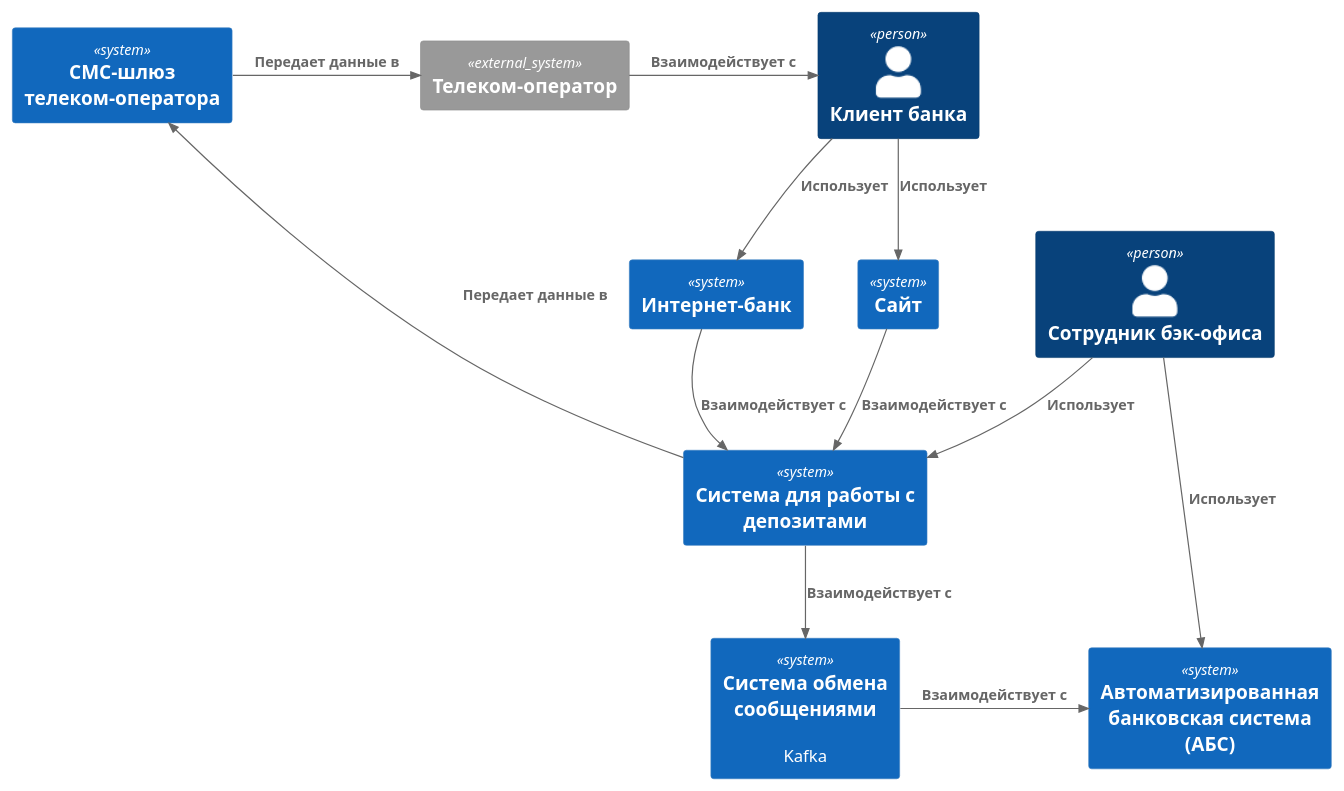
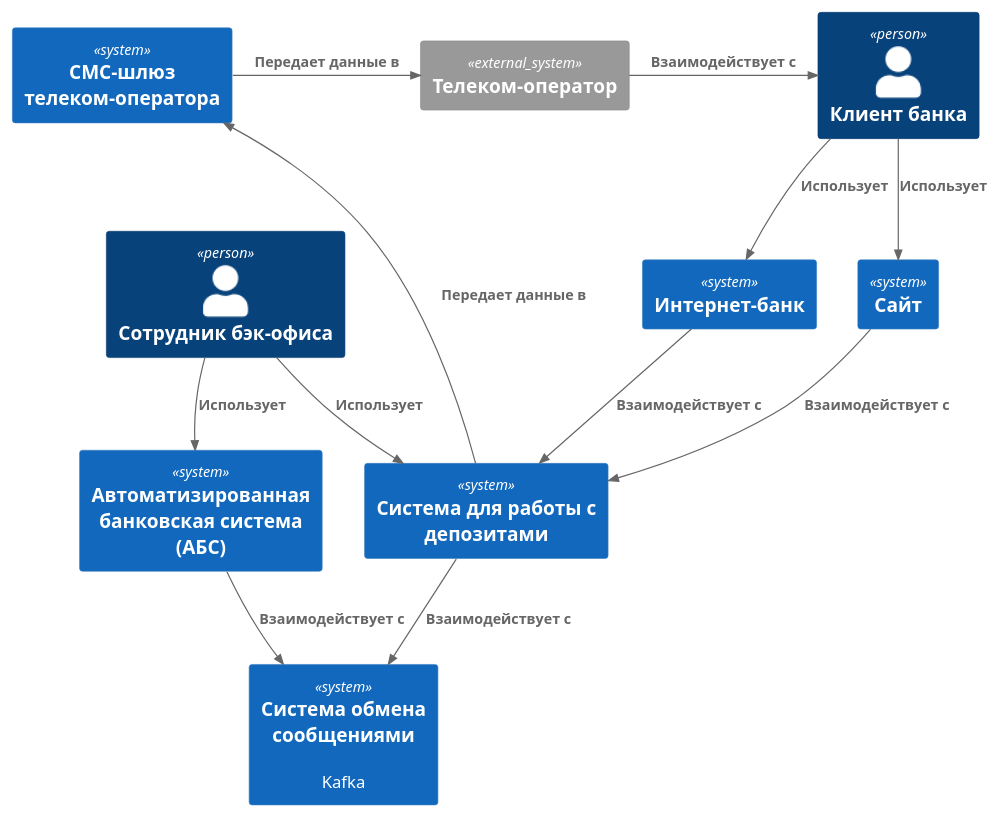
Before and after one commit to vsevolod-nikitin/yandex-practicum-architecture-pro-standart: the diagram in Task3/Context.puml, drawn with PlantUML. The commit also changed 5 other files, not shown here.

Commit message:
Изменение схем заданий 3, 4

```diff
--- a/Task3/Context.puml
+++ b/Task3/Context.puml
@@ -1,34 +1,34 @@
 @startuml Context
 !include https://raw.githubusercontent.com/plantuml-stdlib/C4-PlantUML/master/C4_Context.puml
 
 Person(client, "Клиент банка")
 Person(backEmployee, "Сотрудник бэк-офиса")
 
 System(website, "Сайт")
 System(internetBank, "Интернет-банк")
 System(depositSystem, "Система для работы с депозитами")
 System(abs, "Автоматизированная банковская система (АБС)")
 System(smsGateway, "СМС-шлюз телеком-оператора")
 System(messageBroker, "Система обмена сообщениями", "Kafka")
 
 System_Ext(telecomOperator, "Телеком-оператор")
 
 Rel(client, internetBank, "Использует")
 Rel(client, website, "Использует")
 
 Rel(backEmployee, depositSystem, "Использует")
 Rel(backEmployee, abs, "Использует")
 
 Rel(internetBank, depositSystem, "Взаимодействует с")
 Rel(website, depositSystem, "Взаимодействует с")
 
 Rel_L(depositSystem, smsGateway, "Передает данные в")
 Rel(depositSystem, messageBroker, "Взаимодействует с")
-Rel_R(messageBroker, abs, "Взаимодействует с")
+Rel(abs, messageBroker, "Взаимодействует с")
 
 Rel_R(smsGateway, telecomOperator, "Передает данные в")
 Rel_R(telecomOperator, client, "Взаимодействует с")
 
 LAYOUT_TOP_DOWN()
 
 @enduml
```
